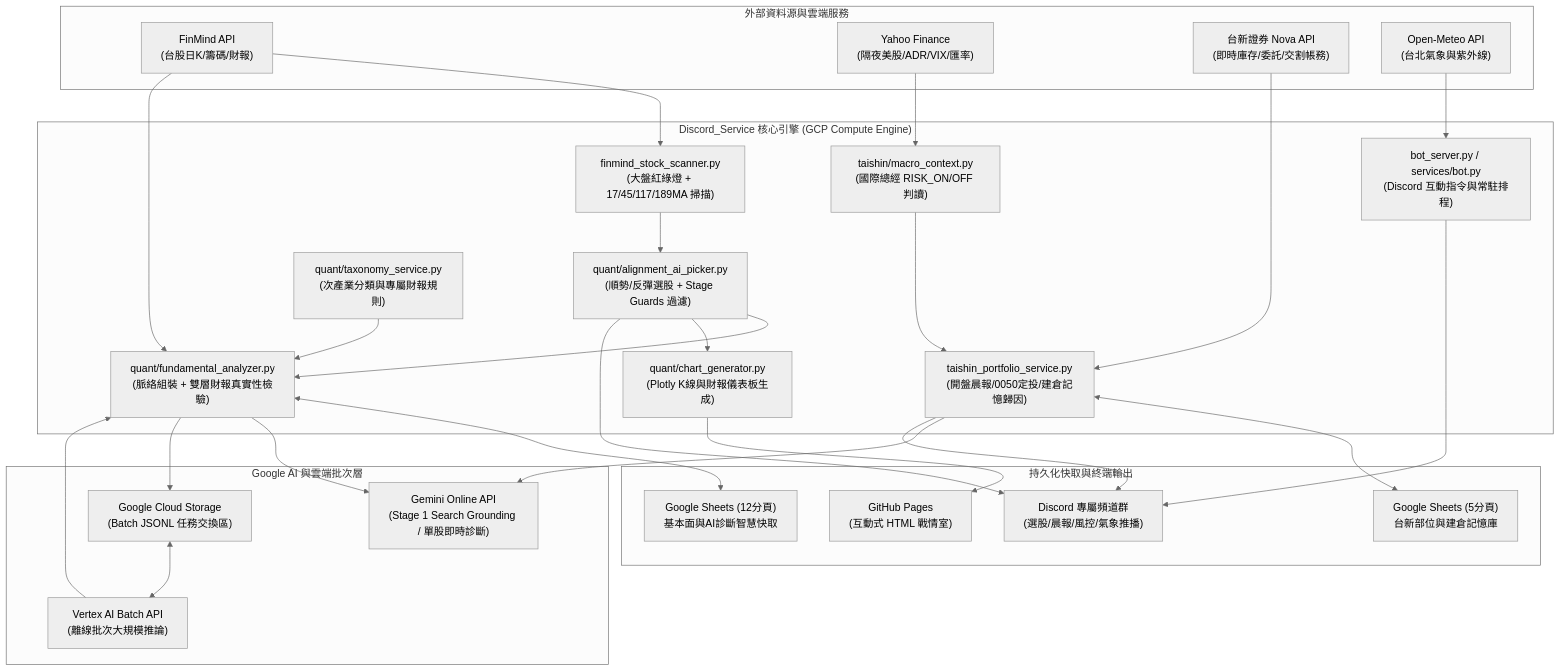
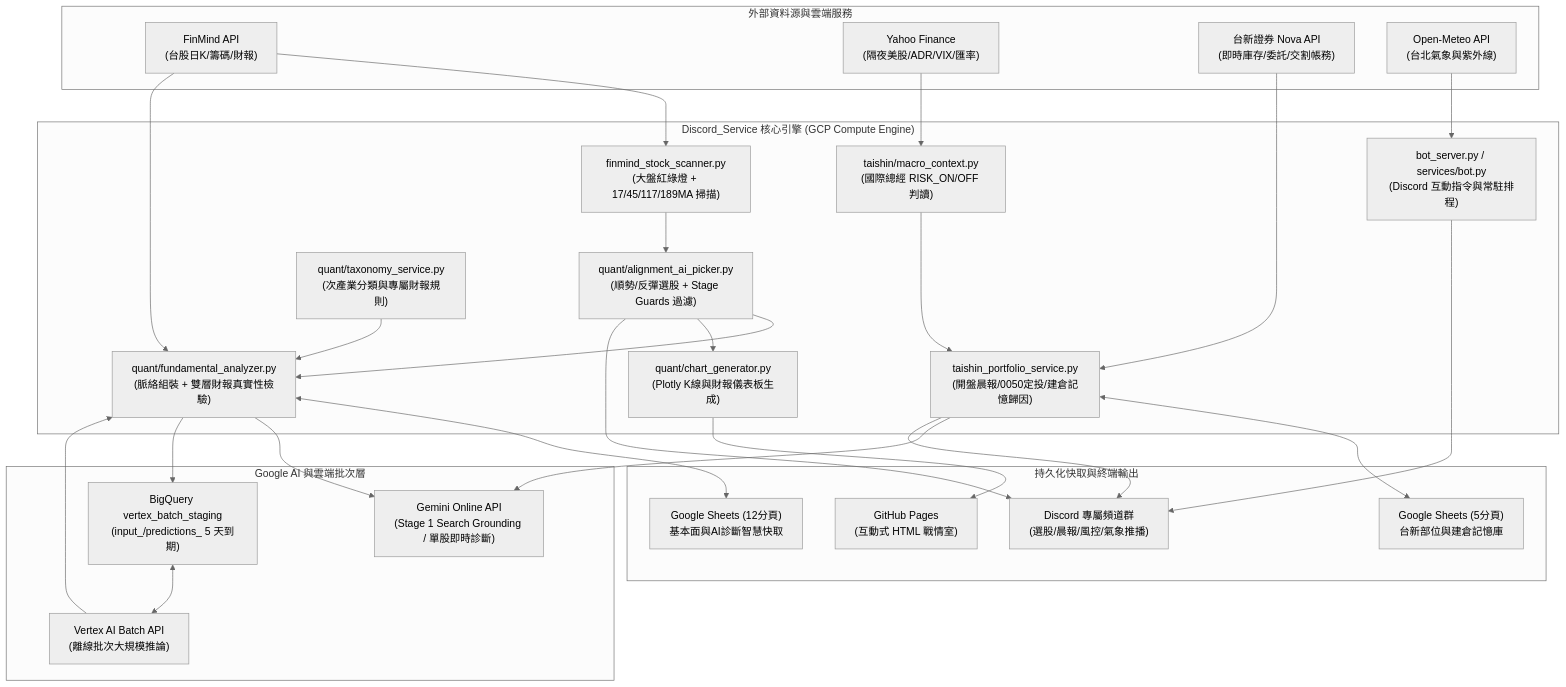
One commit to NickChung0725/Discord_Service changed the first of 3 diagrams in discord_service_sasd.md. Above: the diagram before and after it, drawn with Mermaid (neutral theme). The commit also changed other lines of this file and 11 other files, not shown here.

First line of the commit message:
feat(ai): 遷移 Vertex AI Batch 媒介至 BigQuery 並實作 AI 日誌集中化 (v5.4.0)

````diff
--- a/discord_service_sasd.md
+++ b/discord_service_sasd.md
@@ -92,59 +92,59 @@
 ```mermaid
 graph TB
     subgraph External_Data["外部資料源與雲端服務"]
         FM["FinMind API<br/>(台股日K/籌碼/財報)"]
         YF["Yahoo Finance<br/>(隔夜美股/ADR/VIX/匯率)"]
         TS["台新證券 Nova API<br/>(即時庫存/委託/交割帳務)"]
         OM["Open-Meteo API<br/>(台北氣象與紫外線)"]
     end
 
     subgraph Core_Engine["Discord_Service 核心引擎 (GCP Compute Engine)"]
         BOT["bot_server.py / services/bot.py<br/>(Discord 互動指令與常駐排程)"]
         SCAN["finmind_stock_scanner.py<br/>(大盤紅綠燈 + 17/45/117/189MA 掃描)"]
         PICK["quant/alignment_ai_picker.py<br/>(順勢/反彈選股 + Stage Guards 過濾)"]
         FA["quant/fundamental_analyzer.py<br/>(脈絡組裝 + 雙層財報真實性檢驗)"]
         TAX["quant/taxonomy_service.py<br/>(次產業分類與專屬財報規則)"]
         PORT["taishin_portfolio_service.py<br/>(開盤晨報/0050定投/建倉記憶歸因)"]
         MACRO["taishin/macro_context.py<br/>(國際總經 RISK_ON/OFF 判讀)"]
         CHART["quant/chart_generator.py<br/>(Plotly K線與財報儀表板生成)"]
     end
 
     subgraph AI_Layer["Google AI 與雲端批次層"]
         GEMINI["Gemini Online API<br/>(Stage 1 Search Grounding / 單股即時診斷)"]
-        GCS["Google Cloud Storage<br/>(Batch JSONL 任務交換區)"]
+        GCS["BigQuery vertex_batch_staging<br/>(input_/predictions_ 5 天到期)"]
         VERTEX["Vertex AI Batch API<br/>(離線批次大規模推論)"]
     end
 
     subgraph Storage_Output["持久化快取與終端輸出"]
         GS_FUND["Google Sheets (12分頁)<br/>基本面與AI診斷智慧快取"]
         GS_PORT["Google Sheets (5分頁)<br/>台新部位與建倉記憶庫"]
         GHP["GitHub Pages<br/>(互動式 HTML 戰情室)"]
         DC["Discord 專屬頻道群<br/>(選股/晨報/風控/氣象推播)"]
     end
 
     FM --> SCAN
     FM --> FA
     YF --> MACRO
     TS --> PORT
     OM --> BOT
 
     SCAN --> PICK
     TAX --> FA
     PICK --> FA
     MACRO --> PORT
 
     FA <--> GS_FUND
     PORT <--> GS_PORT
 
     FA --> GEMINI
     PORT --> GEMINI
     FA --> GCS
     GCS <--> VERTEX
     VERTEX --> FA
 
     CHART --> GHP
     PICK --> CHART
     PICK --> DC
     PORT --> DC
     BOT --> DC
 ```
````
